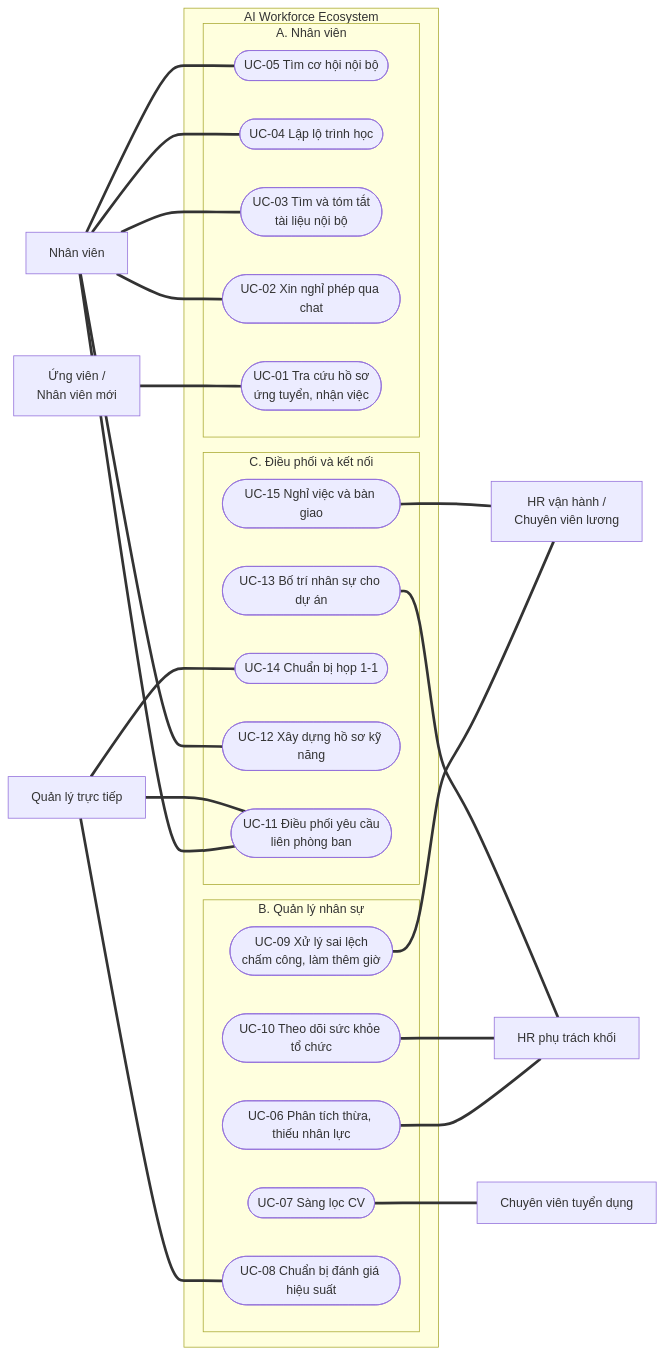
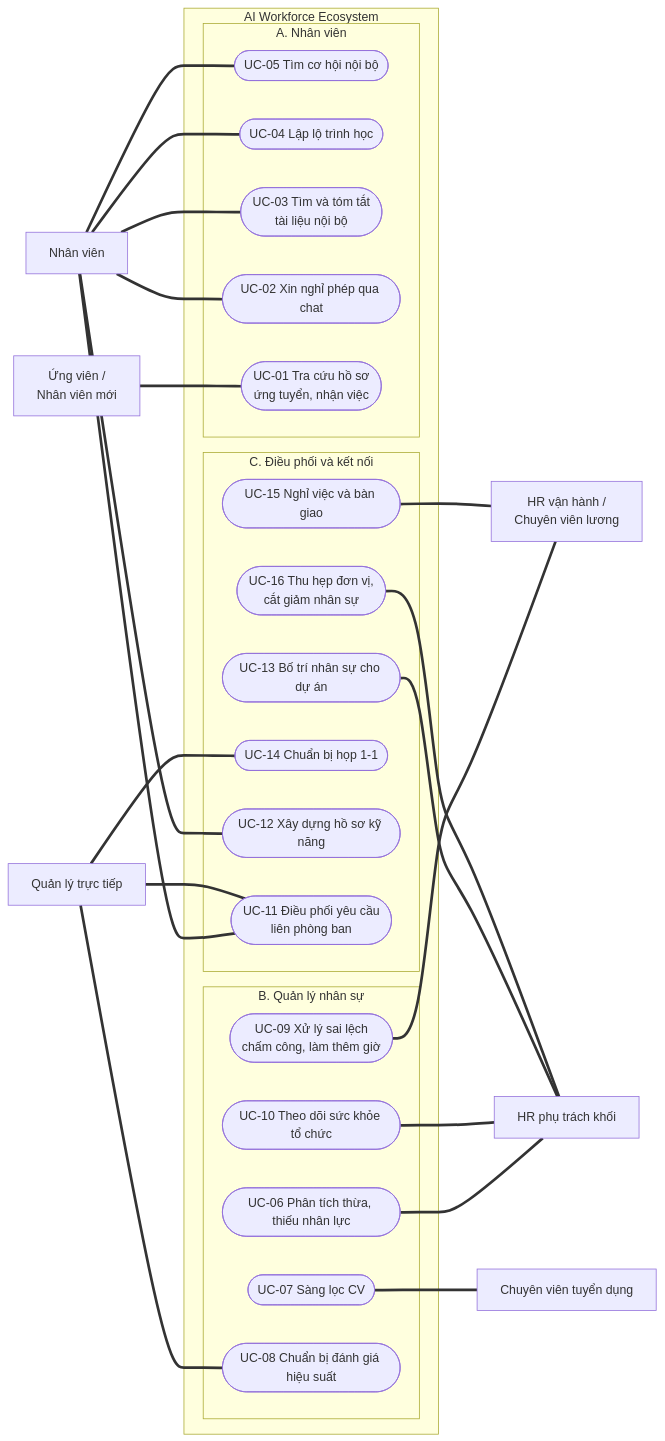
The diagram in docs/README.md (pbaodev/hrm-fuji), drawn with Mermaid before and after one commit. The commit also changed other lines of this file and 16 other files, not shown here.

````diff
--- a/docs/README.md
+++ b/docs/README.md
@@ -46,52 +46,54 @@
 ```mermaid
 flowchart LR
     LM["Quản lý trực tiếp"]
     EMP["Nhân viên"]
     CAND["Ứng viên /<br/>Nhân viên mới"]
 
     subgraph SYS["AI Workforce Ecosystem"]
         subgraph GC["C. Điều phối và kết nối"]
             UC15(["UC-15 Nghỉ việc và bàn giao"])
+            UC16(["UC-16 Thu hẹp đơn vị,<br/>cắt giảm nhân sự"])
             UC13(["UC-13 Bố trí nhân sự cho dự án"])
             UC14(["UC-14 Chuẩn bị họp 1-1"])
             UC12(["UC-12 Xây dựng hồ sơ kỹ năng"])
             UC11(["UC-11 Điều phối yêu cầu<br/>liên phòng ban"])
         end
         subgraph GB["B. Quản lý nhân sự"]
             UC09(["UC-09 Xử lý sai lệch<br/>chấm công, làm thêm giờ"])
             UC10(["UC-10 Theo dõi sức khỏe tổ chức"])
             UC06(["UC-06 Phân tích thừa, thiếu nhân lực"])
             UC07(["UC-07 Sàng lọc CV"])
             UC08(["UC-08 Chuẩn bị đánh giá hiệu suất"])
         end
         subgraph GA["A. Nhân viên"]
             UC05(["UC-05 Tìm cơ hội nội bộ"])
             UC04(["UC-04 Lập lộ trình học"])
             UC03(["UC-03 Tìm và tóm tắt<br/>tài liệu nội bộ"])
             UC02(["UC-02 Xin nghỉ phép qua chat"])
             UC01(["UC-01 Tra cứu hồ sơ<br/>ứng tuyển, nhận việc"])
         end
     end
 
     OPS["HR vận hành /<br/>Chuyên viên lương"]
     HRBP["HR phụ trách khối"]
     REC["Chuyên viên tuyển dụng"]
 
     LM === UC14
     LM === UC11
     LM === UC08
     EMP === UC12
     EMP === UC11
     EMP === UC05
     EMP === UC04
     EMP === UC03
     EMP === UC02
     CAND === UC01
 
     UC15 === OPS
     UC09 === OPS
+    UC16 === HRBP
     UC13 === HRBP
     UC10 === HRBP
     UC06 === HRBP
     UC07 === REC
 ```
````
